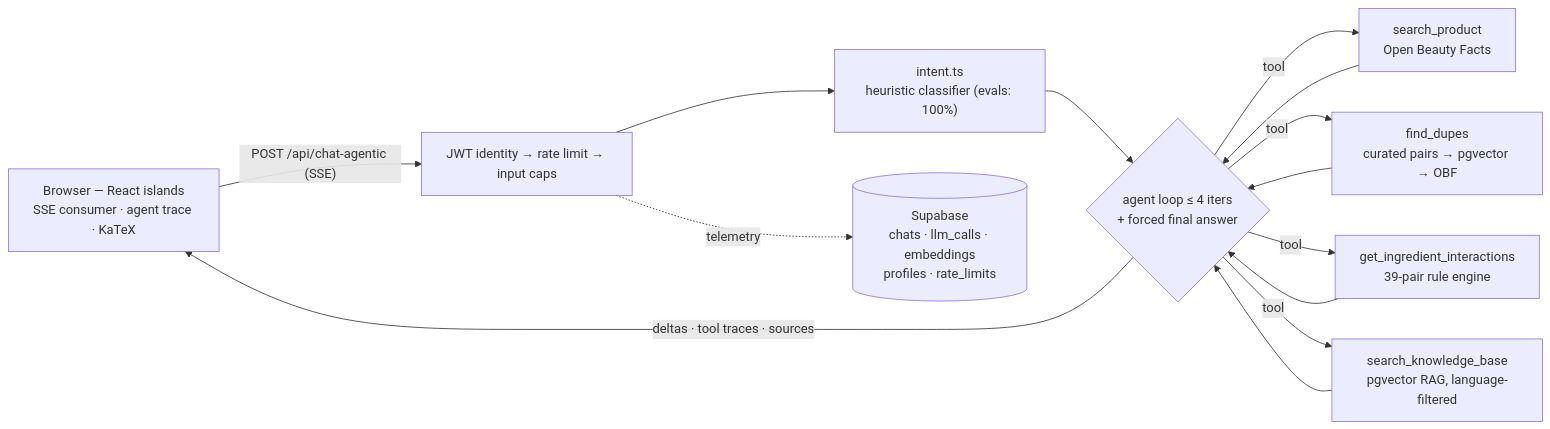
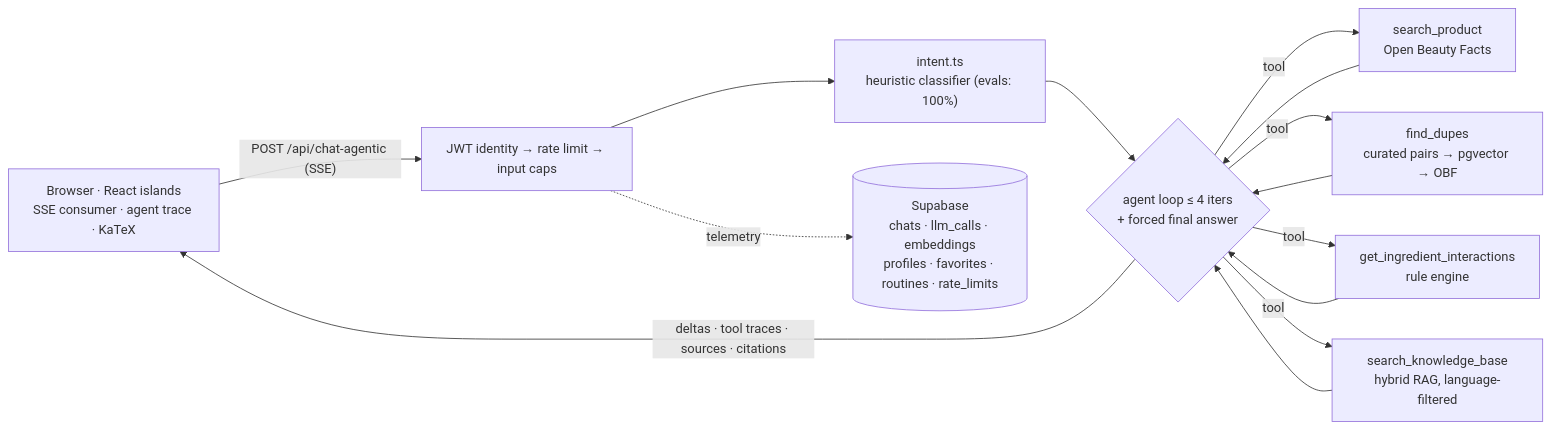
One commit to Enrong-Pan-Peter/Cosmetic-Lens changed the diagram in README.md. Above: the diagram before and after it, drawn with Mermaid. The commit also changed other lines of this file and 16 other files, not shown here.

Commit message:
harden: rate-limit all authed endpoints + once-per-session cloud-sync pull

````diff
--- a/README.md
+++ b/README.md
@@ -44,16 +47,16 @@
 ```mermaid
 flowchart LR
-  U["Browser — React islands<br/>SSE consumer · agent trace · KaTeX"] -->|"POST /api/chat-agentic (SSE)"| G["JWT identity → rate limit → input caps"]
+  U["Browser · React islands<br/>SSE consumer · agent trace · KaTeX"] -->|"POST /api/chat-agentic (SSE)"| G["JWT identity → rate limit → input caps"]
   G --> I["intent.ts<br/>heuristic classifier (evals: 100%)"]
   I --> L{"agent loop ≤ 4 iters<br/>+ forced final answer"}
   L -->|tool| T1["search_product<br/>Open Beauty Facts"]
   L -->|tool| T2["find_dupes<br/>curated pairs → pgvector → OBF"]
-  L -->|tool| T3["get_ingredient_interactions<br/>39-pair rule engine"]
-  L -->|tool| T4["search_knowledge_base<br/>pgvector RAG, language-filtered"]
+  L -->|tool| T3["get_ingredient_interactions<br/>rule engine"]
+  L -->|tool| T4["search_knowledge_base<br/>hybrid RAG, language-filtered"]
   T1 --> L
   T2 --> L
   T3 --> L
   T4 --> L
-  L -->|"deltas · tool traces · sources"| U
-  G -.->|telemetry| DB[("Supabase<br/>chats · llm_calls · embeddings<br/>profiles · rate_limits")]
+  L -->|"deltas · tool traces · sources · citations"| U
+  G -.->|telemetry| DB[("Supabase<br/>chats · llm_calls · embeddings<br/>profiles · favorites · routines · rate_limits")]
 ```
````
